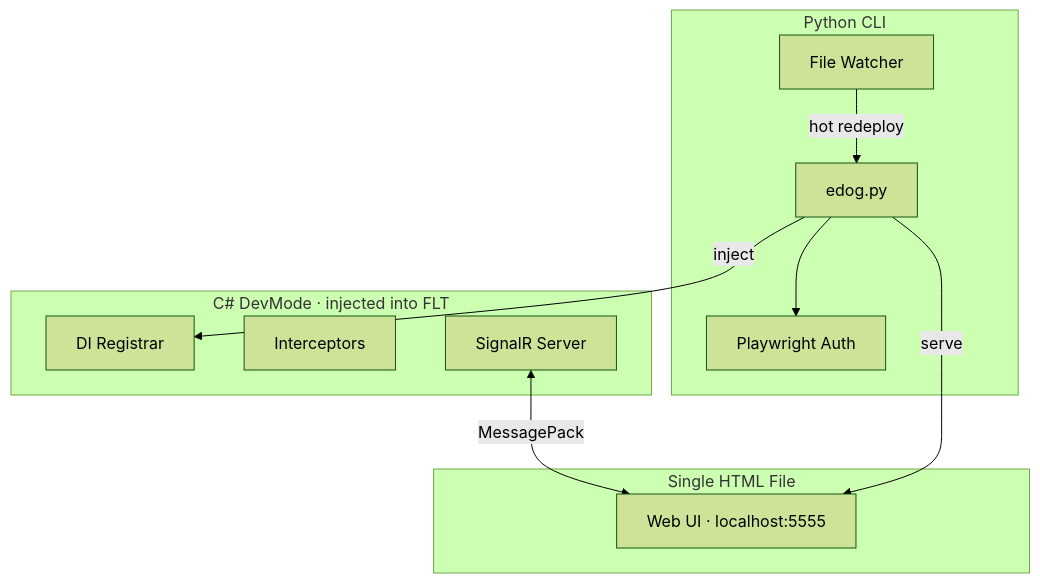
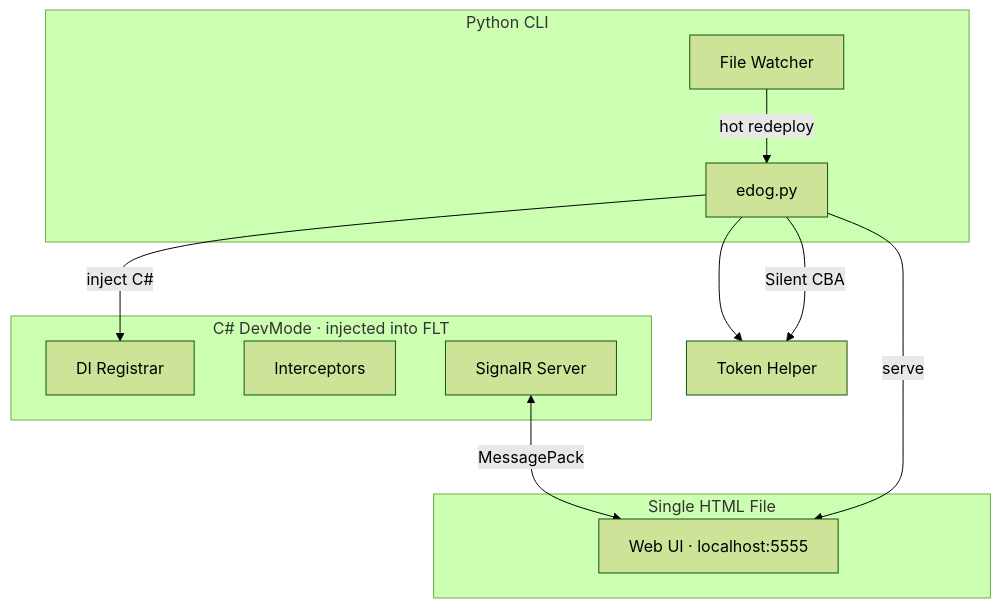
One commit to guptahemant65/edog-studio changed the diagram in README.md. Above: the diagram before and after it, drawn with Mermaid (forest theme). The commit also changed other lines of this file and 2 other files, not shown here.

Commit message:
fix: remove Playwright references — auth uses Silent CBA via C# token-helper
- README: updated architecture diagram and tech stack
- pyproject.toml: removed playwright from dependencies
- requirements.txt: removed playwright

````diff
--- a/README.md
+++ b/README.md
@@ -99,24 +99,24 @@
 ```mermaid
 flowchart TB
     subgraph cli["Python CLI"]
         edog["edog.py"]
-        auth["Playwright Auth"]
         watch["File Watcher"]
     end
 
     subgraph backend["C# DevMode · injected into FLT"]
         reg["DI Registrar"]
         intercept["Interceptors"]
         signalr["SignalR Server"]
     end
 
     subgraph frontend["Single HTML File"]
         ui["Web UI · localhost:5555"]
     end
 
     edog --> auth
-    edog -->|inject| reg
+    edog -->|inject C#| reg
+    edog -->|Silent CBA| auth["Token Helper"]
     watch -->|hot redeploy| edog
     signalr <-->|MessagePack| ui
     edog -->|serve| ui
 ```
````
